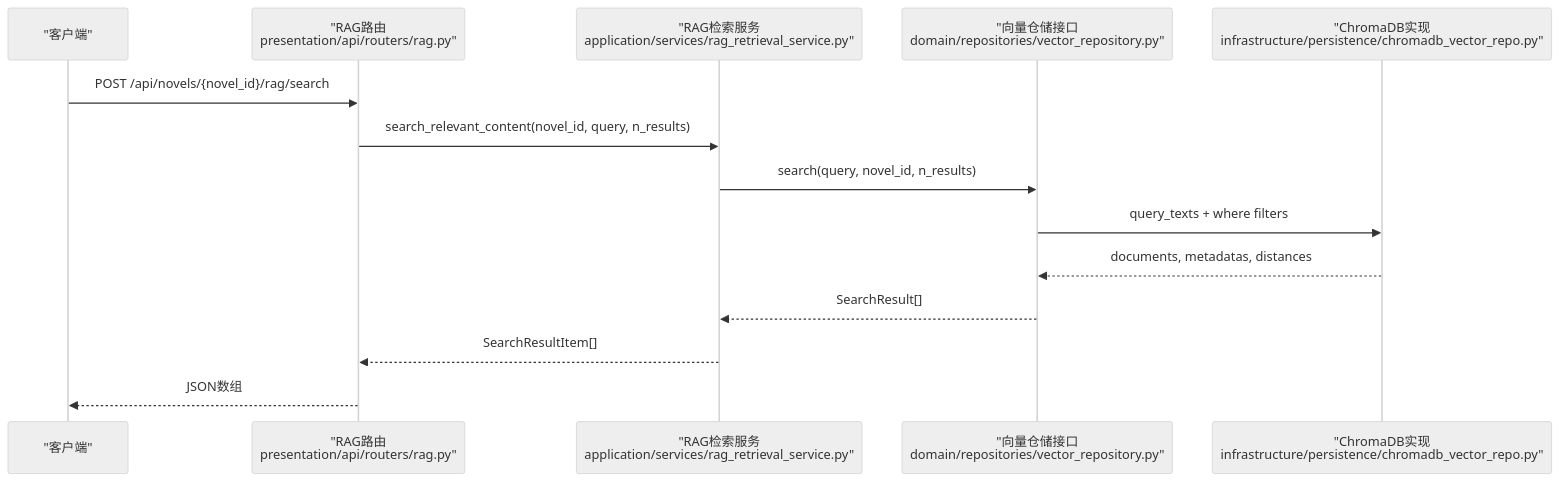
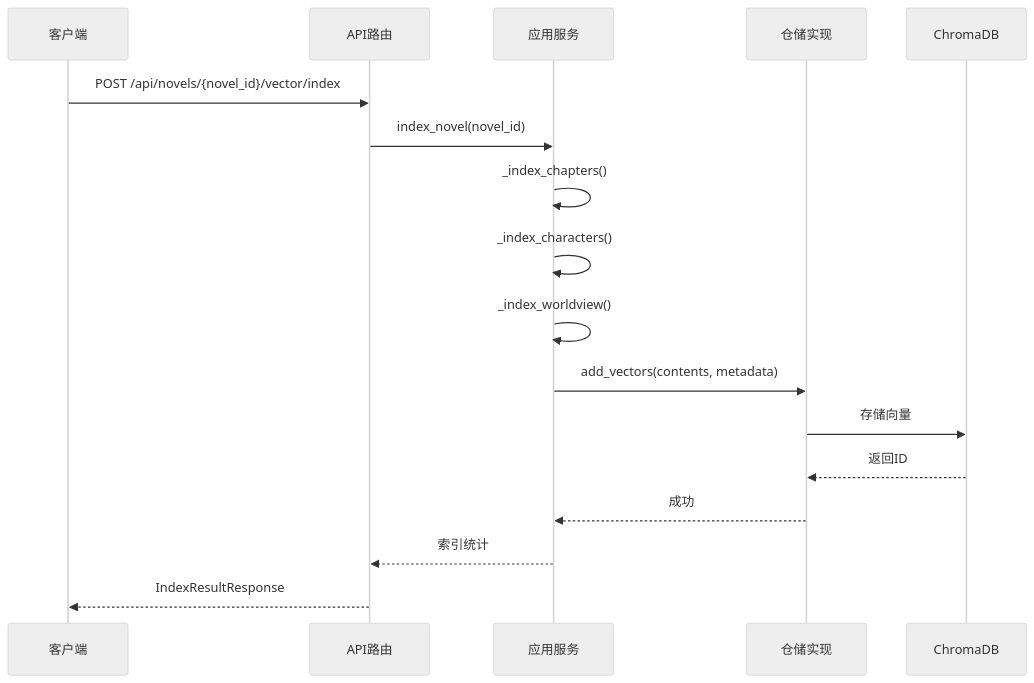
Before and after one commit to octsfm/InkTrace: the second of 7 diagrams in .qoder/repowiki/zh/content/API接口文档/向量检索API.md, drawn with Mermaid (neutral theme). The commit also changed other lines of this file and 179 other files, not shown here.

````diff
--- a/.qoder/repowiki/zh/content/API接口文档/向量检索API.md
+++ b/.qoder/repowiki/zh/content/API接口文档/向量检索API.md
@@ -115,16 +123,19 @@
 ```mermaid
 sequenceDiagram
-participant C as "客户端"
-participant VR as "RAG路由<br/>presentation/api/routers/rag.py"
-participant RS as "RAG检索服务<br/>application/services/rag_retrieval_service.py"
-participant VRepo as "向量仓储接口<br/>domain/repositories/vector_repository.py"
-participant Impl as "ChromaDB实现<br/>infrastructure/persistence/chromadb_vector_repo.py"
-C->>VR : POST /api/novels/{novel_id}/rag/search
-VR->>RS : search_relevant_content(novel_id, query, n_results)
-RS->>VRepo : search(query, novel_id, n_results)
-VRepo->>Impl : query_texts + where filters
-Impl-->>VRepo : documents, metadatas, distances
-VRepo-->>RS : SearchResult[]
-RS-->>VR : SearchResultItem[]
-VR-->>C : JSON数组
+participant Client as 客户端
+participant API as API路由
+participant Service as 应用服务
+participant Repo as 仓储实现
+participant DB as ChromaDB
+Client->>API : POST /api/novels/{novel_id}/vector/index
+API->>Service : index_novel(novel_id)
+Service->>Service : _index_chapters()
+Service->>Service : _index_characters()
+Service->>Service : _index_worldview()
+Service->>Repo : add_vectors(contents, metadata)
+Repo->>DB : 存储向量
+DB-->>Repo : 返回ID
+Repo-->>Service : 成功
+Service-->>API : 索引统计
+API-->>Client : IndexResultResponse
 ```
````
